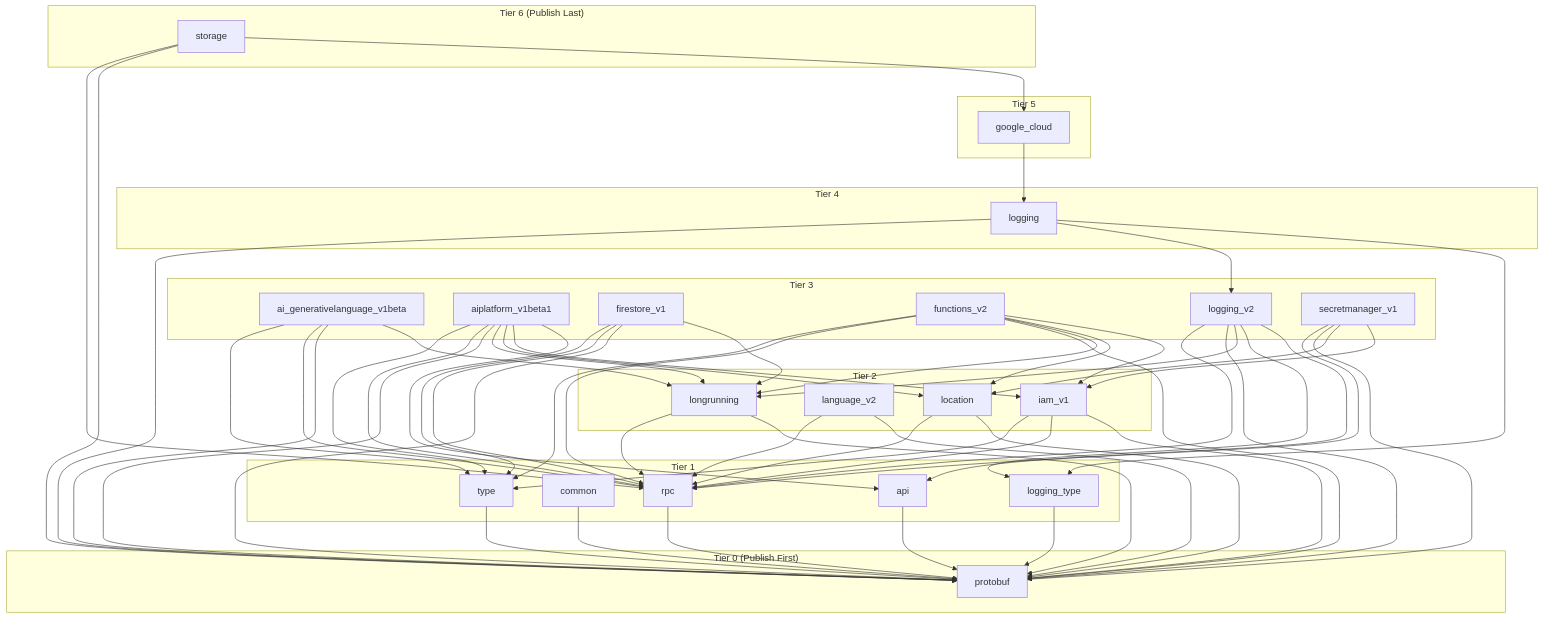
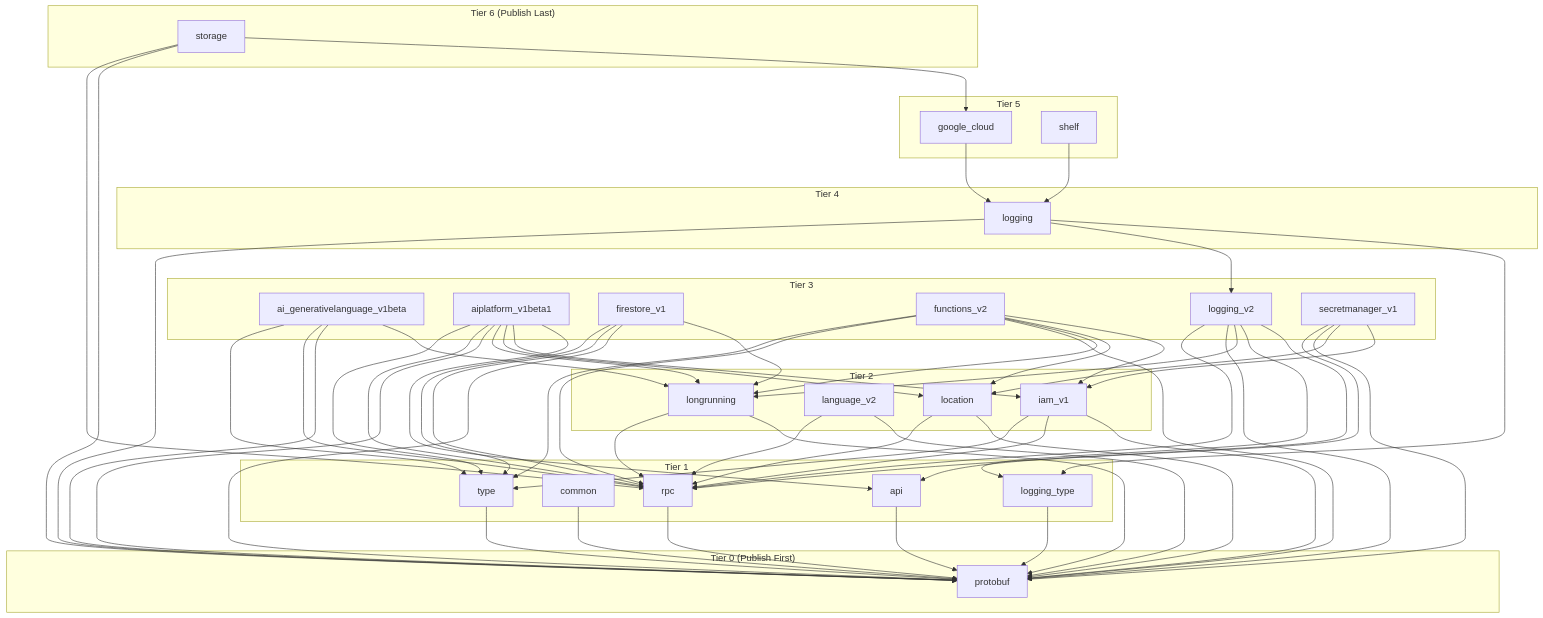
Before and after one commit to googleapis/google-cloud-dart: the diagram in DEVELOPER_GUIDE.md, drawn with Mermaid. The commit also changed 36 other files, not shown here.

First line of the commit message:
feat(google_cloud_shelf): extract Shelf serving and logging features into new package (#263)

```diff
--- a/DEVELOPER_GUIDE.md
+++ b/DEVELOPER_GUIDE.md
@@ -48,6 +48,7 @@
 
   subgraph Tier5 ["Tier 5"]
     google_cloud["google_cloud"]
+    google_cloud_shelf["shelf"]
   end
 
   subgraph Tier6 ["Tier 6 (Publish Last)"]
@@ -101,6 +102,7 @@
   google_cloud_secretmanager_v1 --> google_cloud_location
   google_cloud_secretmanager_v1 --> google_cloud_protobuf
   google_cloud_secretmanager_v1 --> google_cloud_rpc
+  google_cloud_shelf --> google_cloud_logging
   google_cloud_storage --> google_cloud
   google_cloud_storage --> google_cloud_protobuf
   google_cloud_storage --> google_cloud_rpc
```
